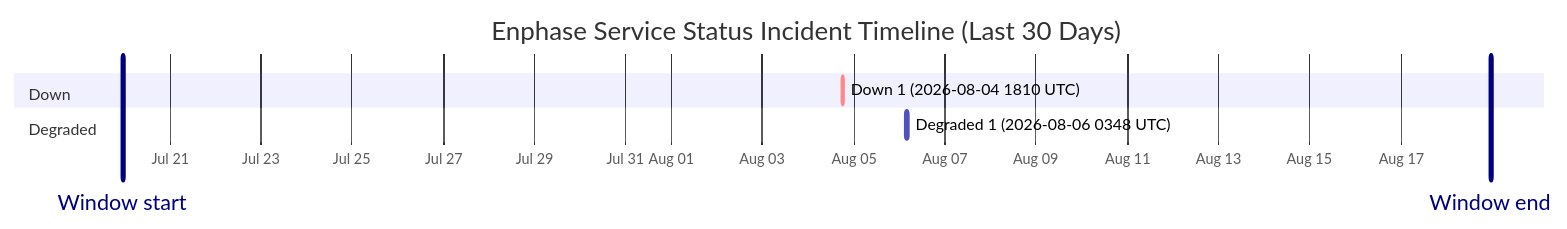
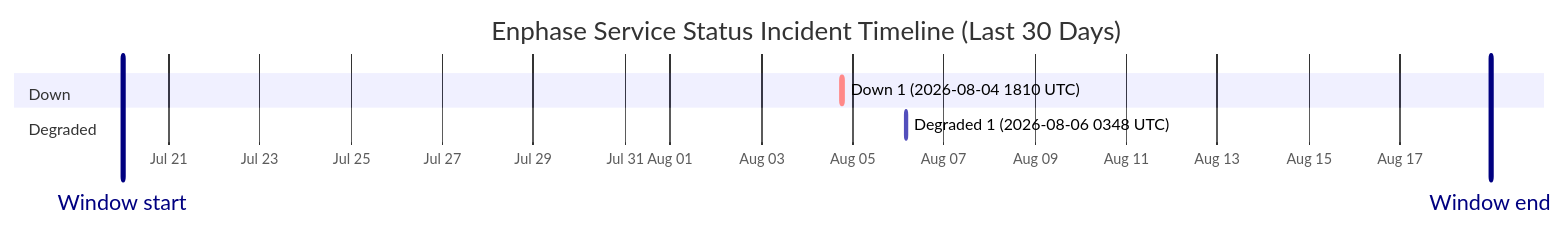
Before and after one commit to barneyonline/ha-enphase-energy: the diagram in wiki/Service-Status-History.md, drawn with Mermaid. The commit also changed other lines of this file and 3 other files, not shown here.

````diff
--- a/wiki/Service-Status-History.md
+++ b/wiki/Service-Status-History.md
@@ -14,12 +14,12 @@
 ```mermaid
 gantt
     title Enphase Service Status Incident Timeline (Last 30 Days)
     dateFormat  YYYY-MM-DDTHH:mm:ss
     axisFormat  %b %d
-    Window start :vert, window-start, 2026-07-19T23:19:45, 0ms
-    Window end :vert, window-end, 2026-08-18T23:19:45, 0ms
+    Window start :vert, window-start, 2026-07-19T23:46:02, 0ms
+    Window end :vert, window-end, 2026-08-18T23:46:02, 0ms
     section Down
     Down 1 (2026-08-04 1810 UTC) :crit, down-1, 2026-08-04T18:10:46, 60m
     section Degraded
     Degraded 1 (2026-08-06 0348 UTC) :active, degraded-1, 2026-08-06T03:48:14, 60m
 ```
````
